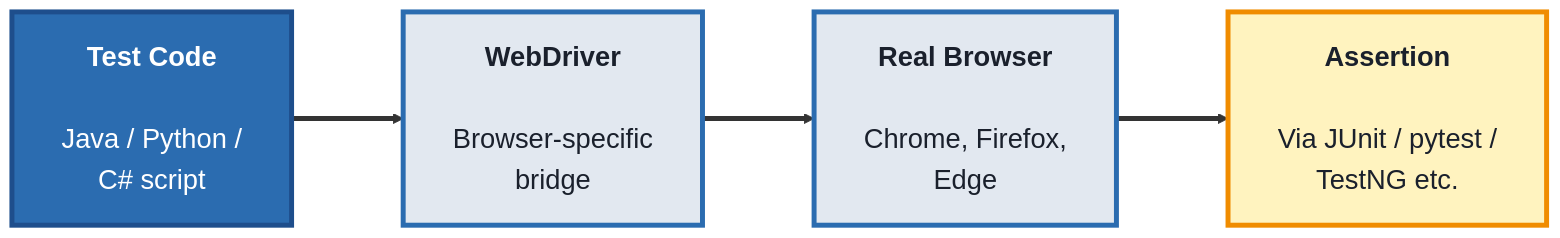
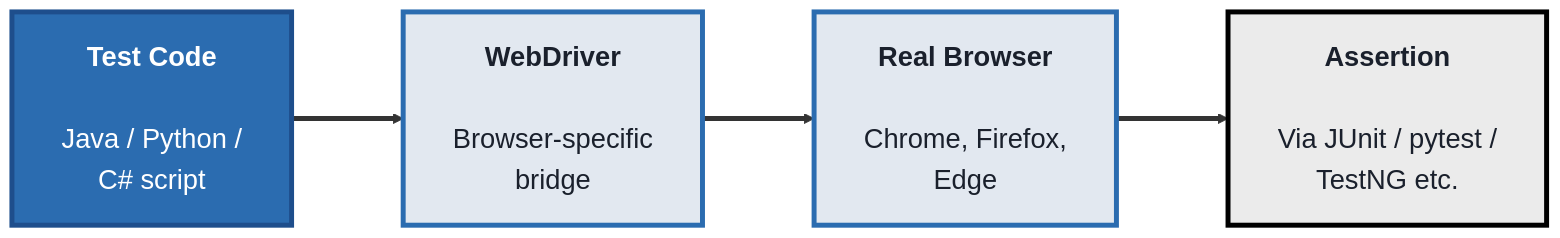
Before and after one commit to SHEMODELTECH/shemodeltech: the first of 3 diagrams in src/Pages/courses/TechQA/module-3-automation-testing.md, drawn with Mermaid. The commit also changed other lines of this file and 46 other files, not shown here.

````diff
--- a/src/Pages/courses/TechQA/module-3-automation-testing.md
+++ b/src/Pages/courses/TechQA/module-3-automation-testing.md
@@ -19,17 +19,17 @@
 ```mermaid
 %%{init: {'theme':'base', 'themeVariables': {'fontSize':'22px', 'primaryTextColor':'#1a202c', 'primaryBorderColor':'#1e4e8c', 'lineColor':'#333333'}, 'flowchart': {'nodeSpacing': 70, 'rankSpacing': 90, 'padding': 20}}}%%
 flowchart LR
     TC["<b>Test Code</b><br/><br/>Java / Python /<br/>C# script"]
     WD["<b>WebDriver</b><br/><br/>Browser-specific<br/>bridge"]
     BR["<b>Real Browser</b><br/><br/>Chrome, Firefox,<br/>Edge"]
     A["<b>Assertion</b><br/><br/>Via JUnit / pytest /<br/>TestNG etc."]
 
     TC ==> WD ==> BR
     BR ==> A
 
     style TC fill:#2b6cb0,color:#fff,stroke:#1e4e8c,stroke-width:4px
     style WD fill:#e2e8f0,color:#1a202c,stroke:#2b6cb0,stroke-width:4px
     style BR fill:#e2e8f0,color:#1a202c,stroke:#2b6cb0,stroke-width:4px
-    style A fill:#fff3bf,color:#1a202c,stroke:#f08c00,stroke-width:4px
+    style A fill:#EBEBEB,color:#1a202c,stroke:#000000,stroke-width:4px
     linkStyle default stroke-width:4px,stroke:#333333
 ```
````
